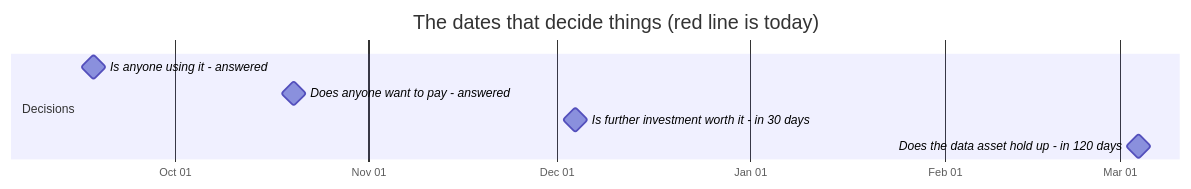
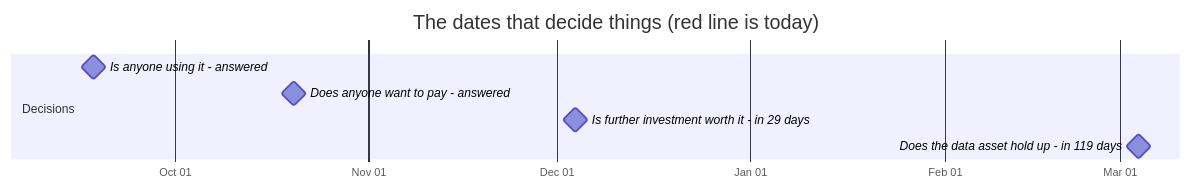
Before and after one commit to jakegu1/vetagent: the first of 2 diagrams in docs/OWNER.md, drawn with Mermaid. The commit also changed other lines of this file and 1 other file, not shown here.

````diff
--- a/docs/OWNER.md
+++ b/docs/OWNER.md
@@ -67,12 +67,12 @@
 ```mermaid
 gantt
     dateFormat YYYY-MM-DD
     axisFormat %b %d
     todayMarker stroke-width:3px,stroke:#d33,stroke-dasharray:0
     title The dates that decide things (red line is today)
     section Decisions
     Is anyone using it - answered :milestone, 2026-09-18, 0d
     Does anyone want to pay - answered :milestone, 2026-10-20, 0d
-    Is further investment worth it - in 30 days :milestone, 2026-12-04, 0d
-    Does the data asset hold up - in 120 days :milestone, 2027-03-04, 0d
+    Is further investment worth it - in 29 days :milestone, 2026-12-04, 0d
+    Does the data asset hold up - in 119 days :milestone, 2027-03-04, 0d
 ```
````
